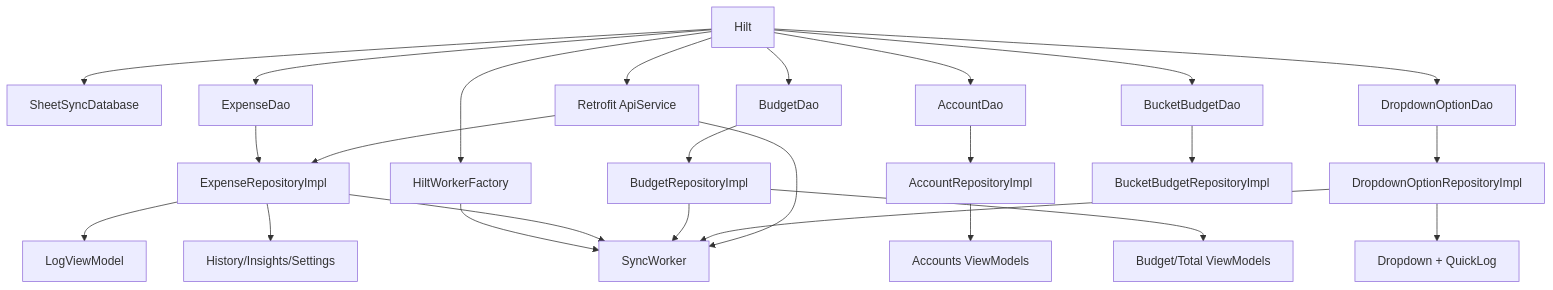
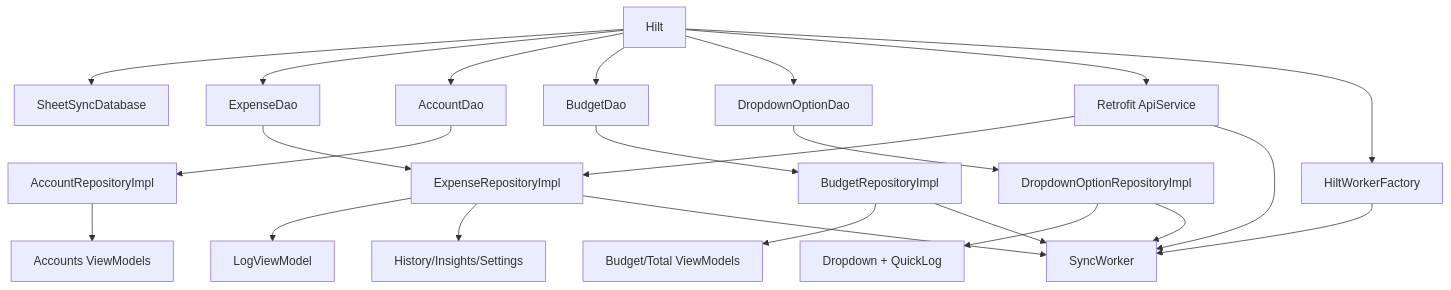
The fifth of 5 diagrams in docs/ARCHITECTURE.md (issaczerubbabela/L-Edgar), drawn with Mermaid before and after one commit. The commit also changed other lines of this file and 78 other files, not shown here.

First line of the commit message:
Revert the unreleased bucket-budget merge from main

````diff
--- a/docs/ARCHITECTURE.md
+++ b/docs/ARCHITECTURE.md
@@ -321,30 +240,28 @@
 ```mermaid
 graph TD
     H[Hilt] --> DB[SheetSyncDatabase]
     H --> DAO1[ExpenseDao]
     H --> DAO2[AccountDao]
     H --> DAO3[BudgetDao]
     H --> DAO4[DropdownOptionDao]
-    H --> DAO5[BucketBudgetDao]
     H --> NET[Retrofit ApiService]
     H --> WMF[HiltWorkerFactory]
 
     DAO1 --> R1[ExpenseRepositoryImpl]
     DAO2 --> R2[AccountRepositoryImpl]
     DAO3 --> R3[BudgetRepositoryImpl]
     DAO4 --> R4[DropdownOptionRepositoryImpl]
-    DAO5 --> R5[BucketBudgetRepositoryImpl]
     NET --> R1
 
     R1 --> VM1[LogViewModel]
     R1 --> VM2[History/Insights/Settings]
     R2 --> VM3[Accounts ViewModels]
     R3 --> VM4[Budget/Total ViewModels]
     R4 --> VM5[Dropdown + QuickLog]
 
     WMF --> SW[SyncWorker]
     R1 --> SW
     R3 --> SW
     R4 --> SW
     NET --> SW
 ```
````
